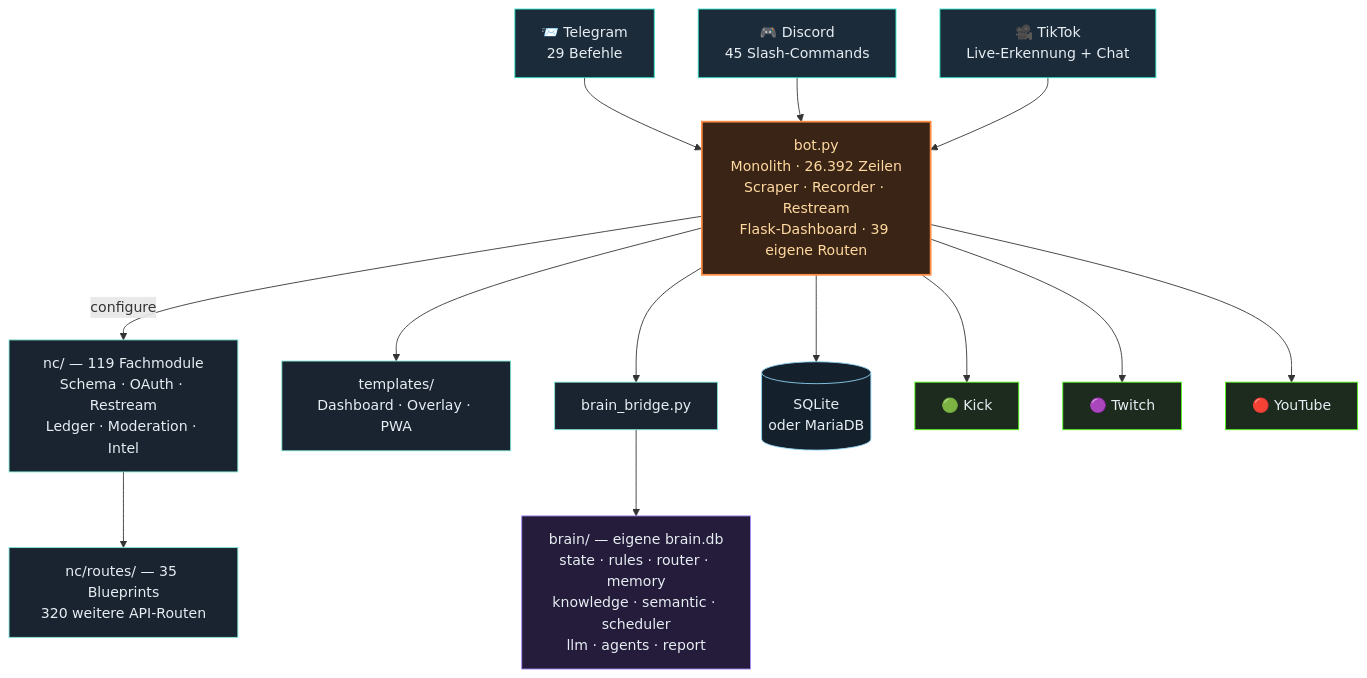
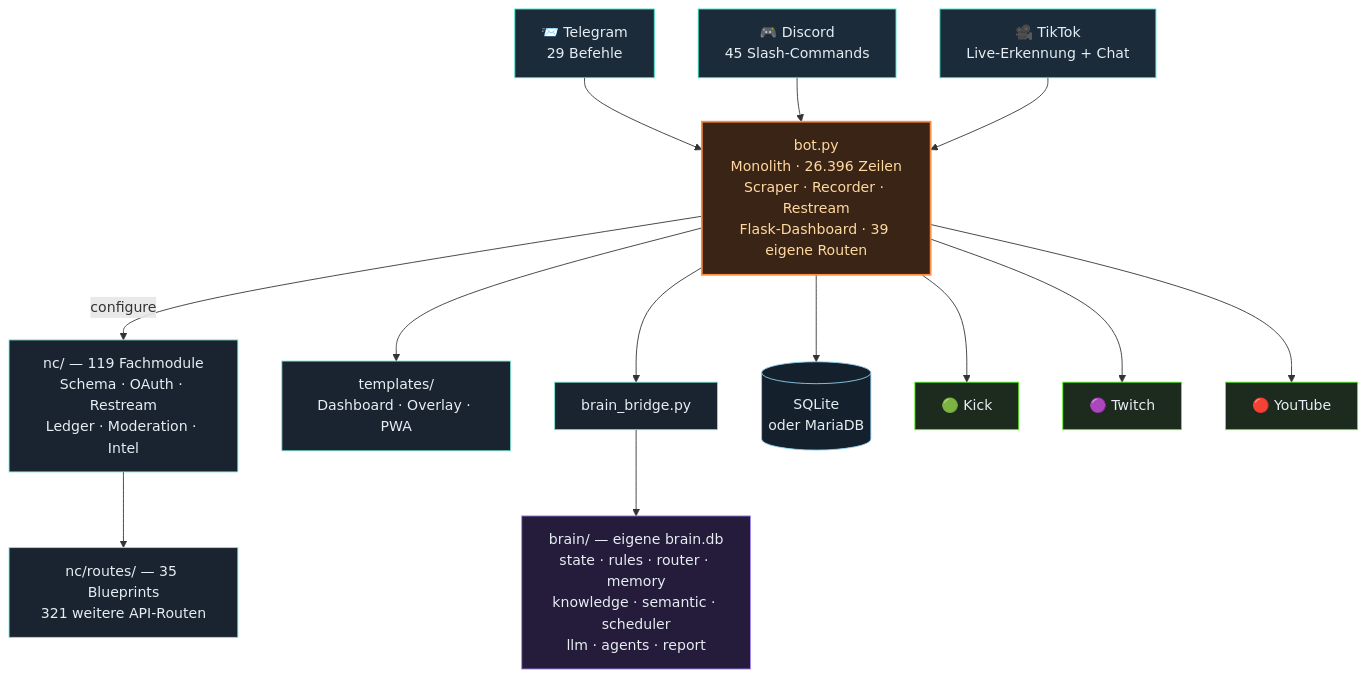
One commit to itsamemedev/Telegram-Stream-Info-Bot changed the third of 4 diagrams in README.md. Above: the diagram before and after it, drawn with Mermaid. The commit also changed other lines of this file and 16 other files, not shown here.

````diff
--- a/README.md
+++ b/README.md
@@ -189,30 +189,30 @@
 ```mermaid
 flowchart TB
     TG["📨 Telegram<br/>29 Befehle"]:::ein
     DC["🎮 Discord<br/>45 Slash-Commands"]:::ein
     TT["🎥 TikTok<br/>Live-Erkennung + Chat"]:::ein
 
     TG --> BOT
     DC --> BOT
     TT --> BOT
 
-    BOT["bot.py<br/>Monolith · 26.392 Zeilen<br/>Scraper · Recorder · Restream<br/>Flask-Dashboard · 39 eigene Routen"]:::core
+    BOT["bot.py<br/>Monolith · 26.396 Zeilen<br/>Scraper · Recorder · Restream<br/>Flask-Dashboard · 39 eigene Routen"]:::core
 
     BOT -->|configure| NC["nc/ — 119 Fachmodule<br/>Schema · OAuth · Restream<br/>Ledger · Moderation · Intel"]:::lib
-    NC --> RT["nc/routes/ — 35 Blueprints<br/>320 weitere API-Routen"]:::lib
+    NC --> RT["nc/routes/ — 35 Blueprints<br/>321 weitere API-Routen"]:::lib
     BOT --> TPL["templates/<br/>Dashboard · Overlay · PWA"]:::lib
     BOT --> BR["brain_bridge.py"]:::lib
     BR --> BRAIN["brain/ — eigene brain.db<br/>state · rules · router · memory<br/>knowledge · semantic · scheduler<br/>llm · agents · report"]:::brain
     BOT --> DB[("SQLite<br/>oder MariaDB")]:::db
 
     BOT --> KICK["🟢 Kick"]:::out
     BOT --> TW["🟣 Twitch"]:::out
     BOT --> YT["🔴 YouTube"]:::out
 
     classDef ein fill:#1c2b3a,stroke:#2de1c2,color:#e6edf3
     classDef core fill:#3a2415,stroke:#ff8c42,stroke-width:2px,color:#ffd9a0
     classDef lib fill:#1a2430,stroke:#7fe7d4,color:#e6edf3
     classDef brain fill:#241c3a,stroke:#a78bfa,color:#e6edf3
     classDef db fill:#14202c,stroke:#8fd3f4,color:#e6edf3
     classDef out fill:#1c2b1e,stroke:#53fc18,color:#e6edf3
 ```
````
